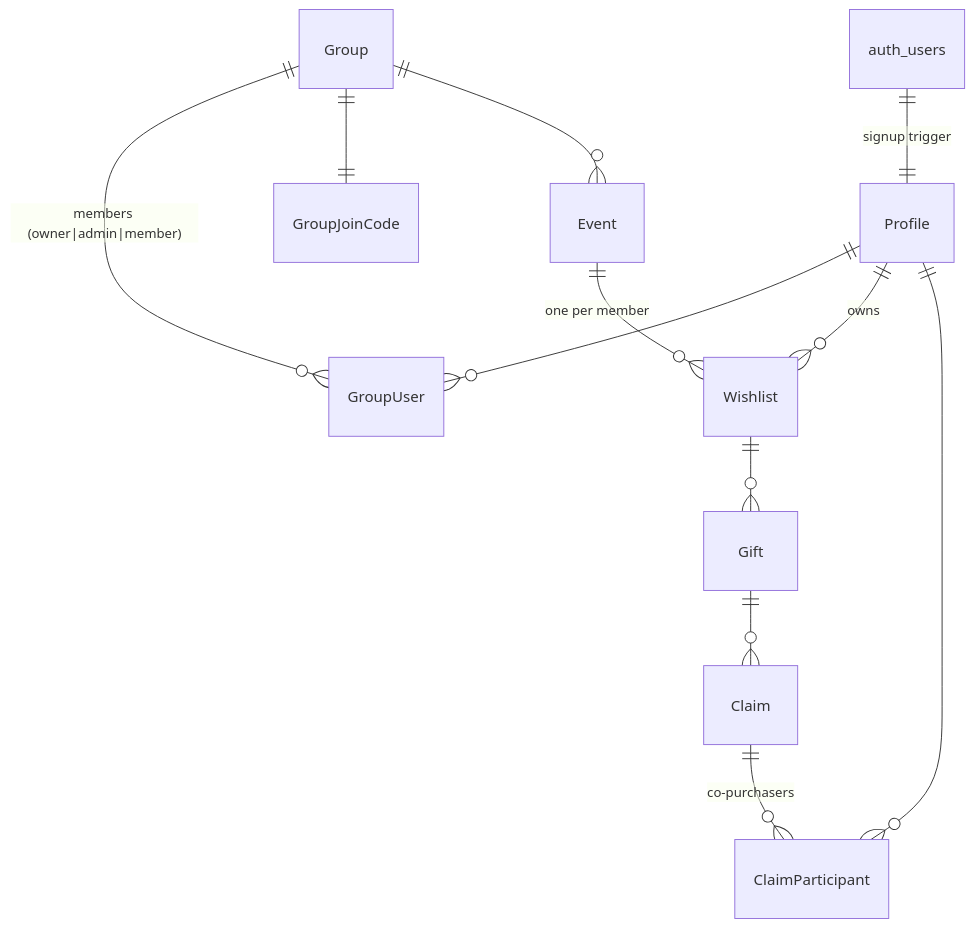
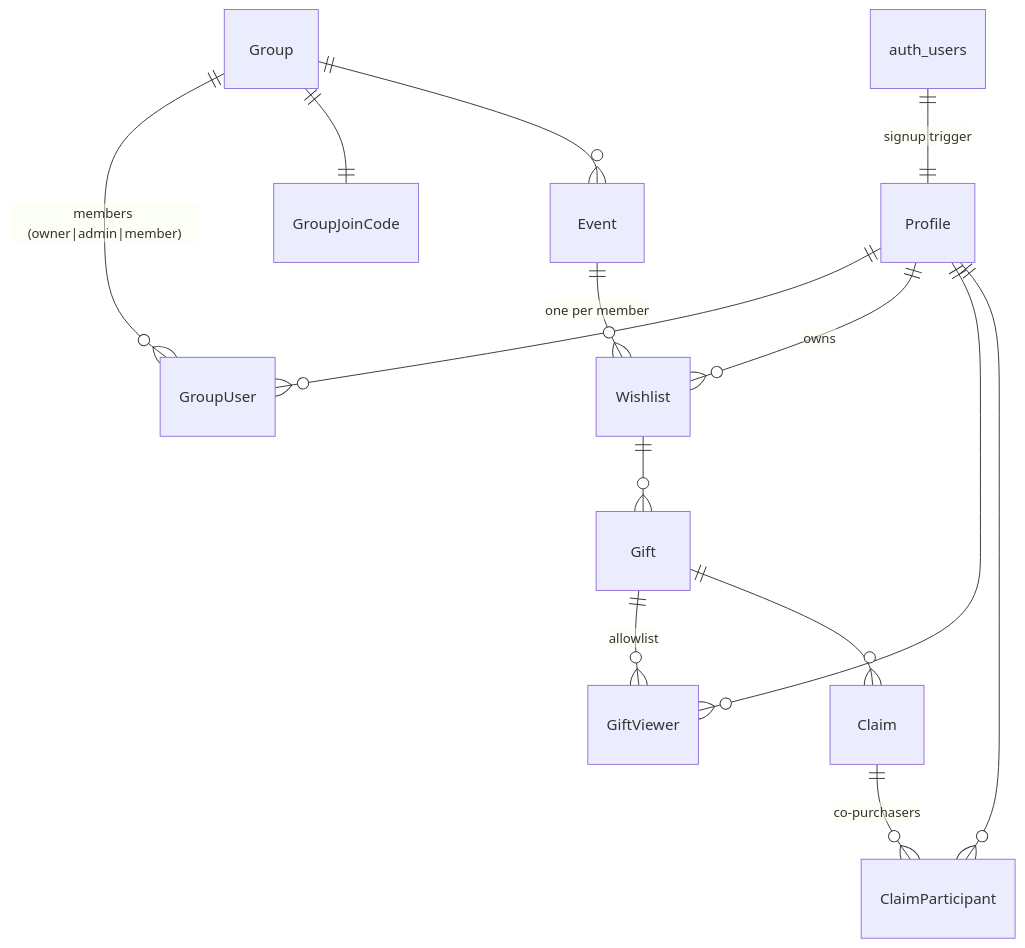
One commit to colllten/giftloop changed the diagram in docs/DATABASE.md. Above: the diagram before and after it, drawn with Mermaid. The commit also changed other lines of this file and 49 other files, not shown here.

````diff
--- a/docs/DATABASE.md
+++ b/docs/DATABASE.md
@@ -14,14 +14,16 @@
 ```mermaid
 erDiagram
   auth_users ||--|| Profile : "signup trigger"
   Profile ||--o{ GroupUser : ""
   Group ||--o{ GroupUser : "members (owner|admin|member)"
   Group ||--|| GroupJoinCode : ""
   Group ||--o{ Event : ""
   Event ||--o{ Wishlist : "one per member"
   Profile ||--o{ Wishlist : owns
   Wishlist ||--o{ Gift : ""
+  Gift ||--o{ GiftViewer : "allowlist"
+  Profile ||--o{ GiftViewer : ""
   Gift ||--o{ Claim : ""
   Claim ||--o{ ClaimParticipant : "co-purchasers"
   Profile ||--o{ ClaimParticipant : ""
 ```
````
